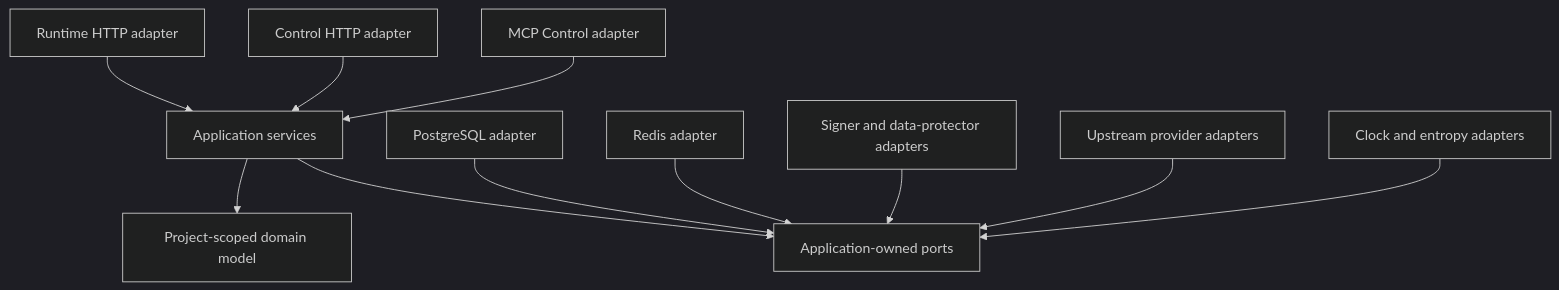
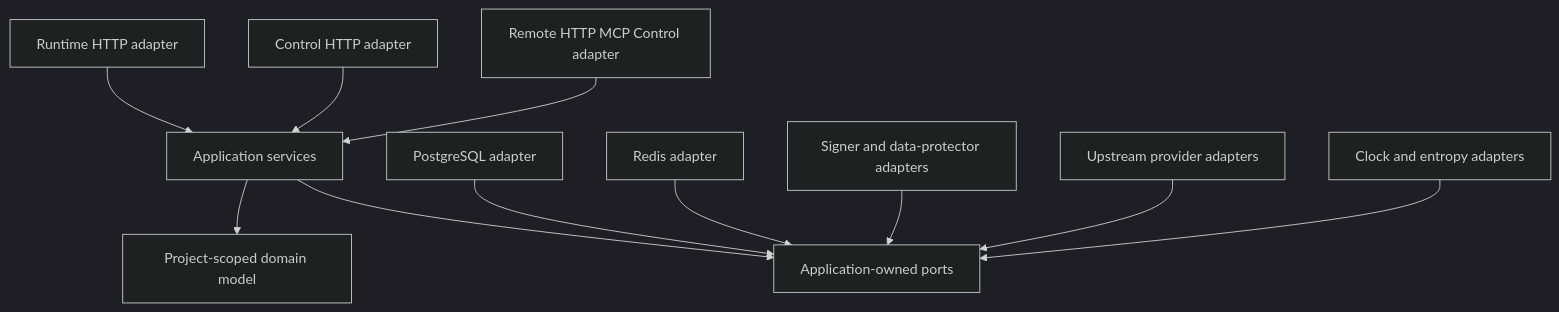
One commit to owlfoundry/owlauth changed the first of 3 diagrams in spec/02-domain-and-crate-boundaries.md. Above: the diagram before and after it, drawn with Mermaid (dark theme). The commit also changed other lines of this file and 123 other files, not shown here.

````diff
--- a/spec/02-domain-and-crate-boundaries.md
+++ b/spec/02-domain-and-crate-boundaries.md
@@ -7,13 +7,13 @@
 ```mermaid
 flowchart TB
     RHTTP[Runtime HTTP adapter] --> APP[Application services]
     CHTTP[Control HTTP adapter] --> APP
-    MCP[MCP Control adapter] --> APP
+    MCP[Remote HTTP MCP Control adapter] --> APP
     APP --> DOMAIN[Project-scoped domain model]
     APP --> PORTS[Application-owned ports]
     PG[PostgreSQL adapter] --> PORTS
     RC[Redis adapter] --> PORTS
     SIGN[Signer and data-protector adapters] --> PORTS
     UP[Upstream provider adapters] --> PORTS
     CLOCK[Clock and entropy adapters] --> PORTS
 ```
````
